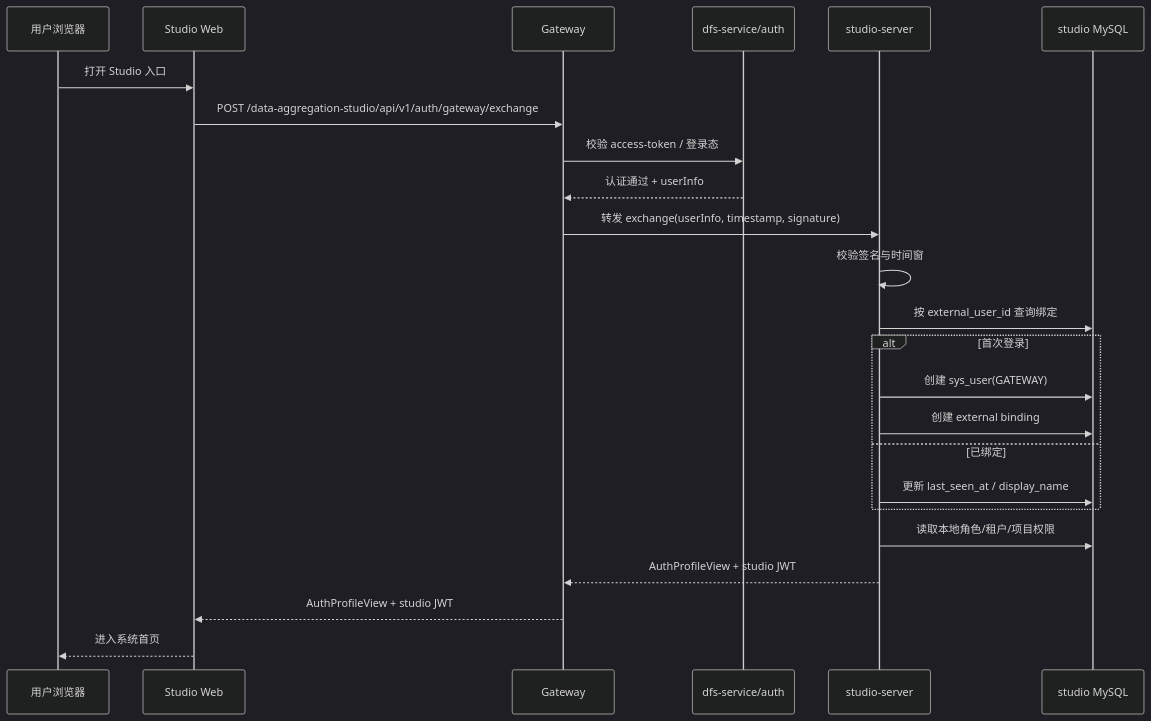
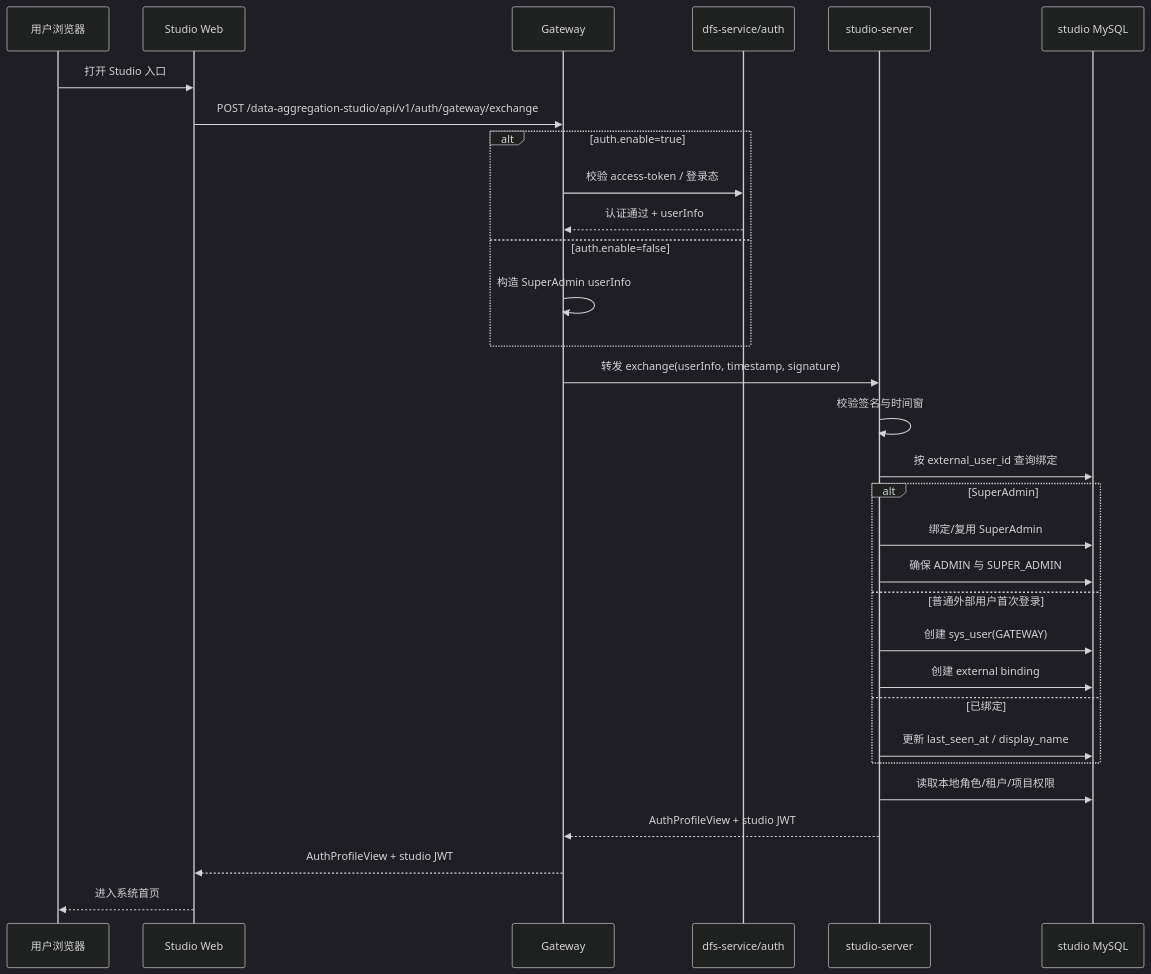
The second of 4 diagrams in DataAggregation适配方案.md (wdragondragon/DataAggregation), drawn with Mermaid (dark theme) before and after one commit. The commit also changed other lines of this file, not shown here.

````diff
--- a/DataAggregation适配方案.md
+++ b/DataAggregation适配方案.md
@@ -693,27 +751,34 @@
 ```mermaid
 sequenceDiagram
     participant User as 用户浏览器
     participant Web as Studio Web
     participant Gateway as Gateway
     participant Auth as dfs-service/auth
     participant Studio as studio-server
     participant DB as studio MySQL
 
     User->>Web: 打开 Studio 入口
     Web->>Gateway: POST /data-aggregation-studio/api/v1/auth/gateway/exchange
-    Gateway->>Auth: 校验 access-token / 登录态
-    Auth-->>Gateway: 认证通过 + userInfo
+    alt auth.enable=true
+        Gateway->>Auth: 校验 access-token / 登录态
+        Auth-->>Gateway: 认证通过 + userInfo
+    else auth.enable=false
+        Gateway->>Gateway: 构造 SuperAdmin userInfo
+    end
     Gateway->>Studio: 转发 exchange(userInfo, timestamp, signature)
     Studio->>Studio: 校验签名与时间窗
     Studio->>DB: 按 external_user_id 查询绑定
-    alt 首次登录
+    alt SuperAdmin
+        Studio->>DB: 绑定/复用 SuperAdmin
+        Studio->>DB: 确保 ADMIN 与 SUPER_ADMIN
+    else 普通外部用户首次登录
         Studio->>DB: 创建 sys_user(GATEWAY)
         Studio->>DB: 创建 external binding
     else 已绑定
         Studio->>DB: 更新 last_seen_at / display_name
     end
     Studio->>DB: 读取本地角色/租户/项目权限
     Studio-->>Gateway: AuthProfileView + studio JWT
     Gateway-->>Web: AuthProfileView + studio JWT
     Web-->>User: 进入系统首页
 ```
````
